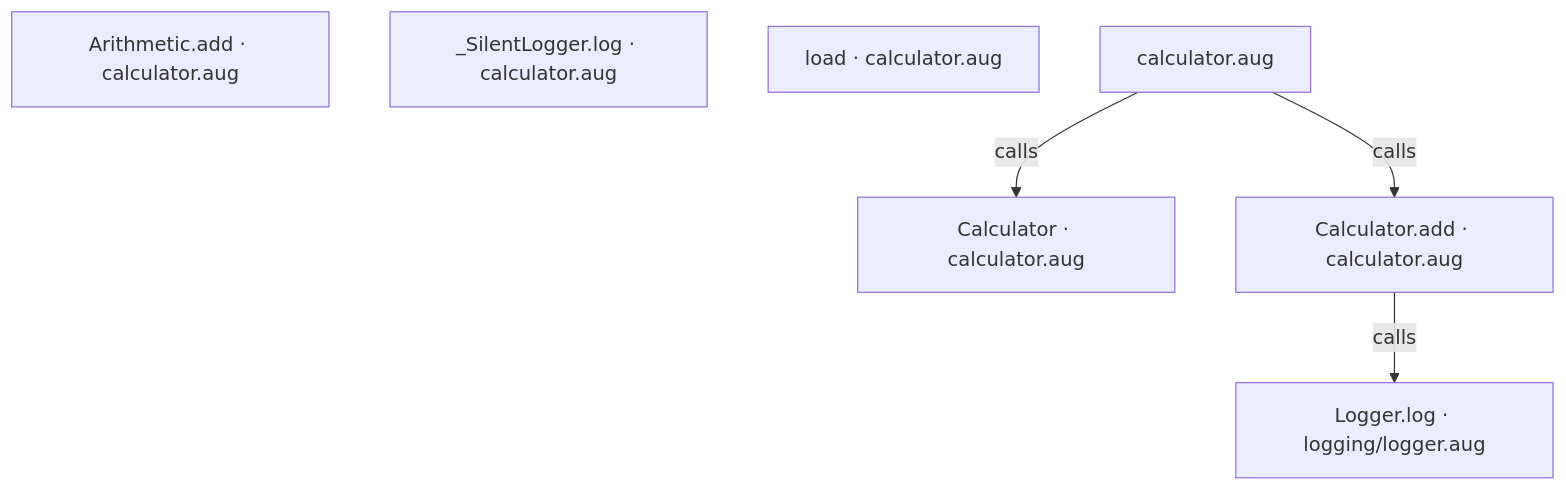
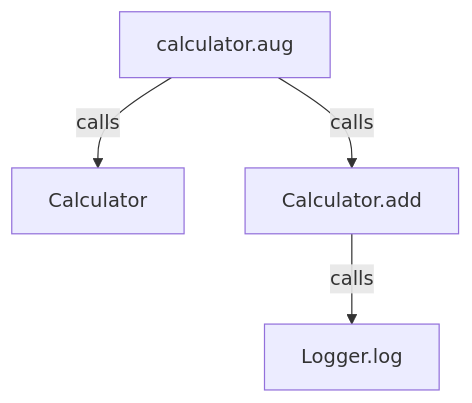
Before and after one commit to GreenPandaStudios/augscript: the second of 4 diagrams in docs/examples/developer-workflow/calculator-diagrams.md, drawn with Mermaid. The commit also changed other lines of this file and 524 other files, not shown here.

Commit message:
Explain checked data flow at folder and service levels

````diff
--- a/docs/examples/developer-workflow/calculator-diagrams.md
+++ b/docs/examples/developer-workflow/calculator-diagrams.md
@@ -39,13 +39,10 @@
 ```mermaid
 flowchart TD
-    n0["Arithmetic.add · calculator.aug"]
-    n1["Calculator · calculator.aug"]
-    n2["Calculator.add · calculator.aug"]
-    n3["_SilentLogger.log · calculator.aug"]
-    n4["load · calculator.aug"]
-    n5["Logger.log · logging/logger.aug"]
-    n6["calculator.aug"]
-    n2 -->|"calls"| n5
-    n6 -->|"calls"| n1
-    n6 -->|"calls"| n2
+    n0["Calculator"]
+    n1["Calculator.add"]
+    n2["Logger.log"]
+    n3["calculator.aug"]
+    n1 -->|"calls"| n2
+    n3 -->|"calls"| n0
+    n3 -->|"calls"| n1
 ```
````
